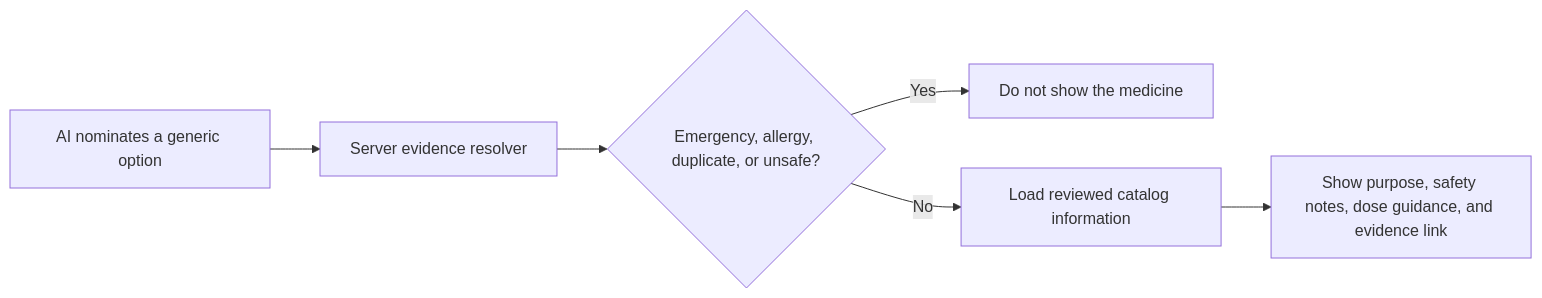
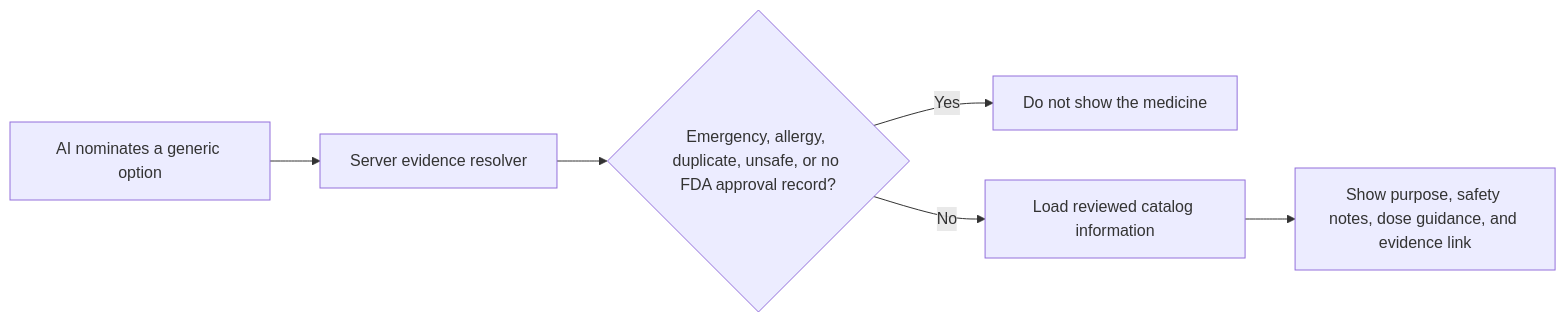
One commit to Kheem-Dh/Nabz---AI-Hackathon-Alibaba changed the fifth of 6 diagrams in README.md. Above: the diagram before and after it, drawn with Mermaid. The commit also changed other lines of this file and 14 other files, not shown here.

````diff
--- a/README.md
+++ b/README.md
@@ -158,8 +162,8 @@
 ```mermaid
 flowchart LR
     A[AI nominates a generic option] --> B[Server evidence resolver]
-    B --> C{Emergency, allergy, duplicate, or unsafe?}
+    B --> C{Emergency, allergy, duplicate, unsafe, or no FDA approval record?}
     C -- Yes --> D[Do not show the medicine]
     C -- No --> E[Load reviewed catalog information]
     E --> F[Show purpose, safety notes, dose guidance, and evidence link]
 ```
````
